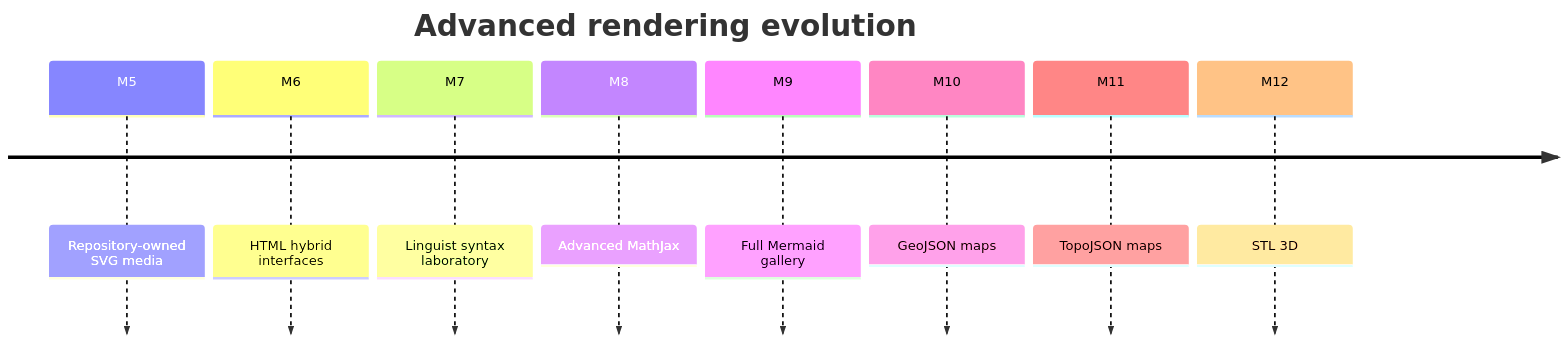
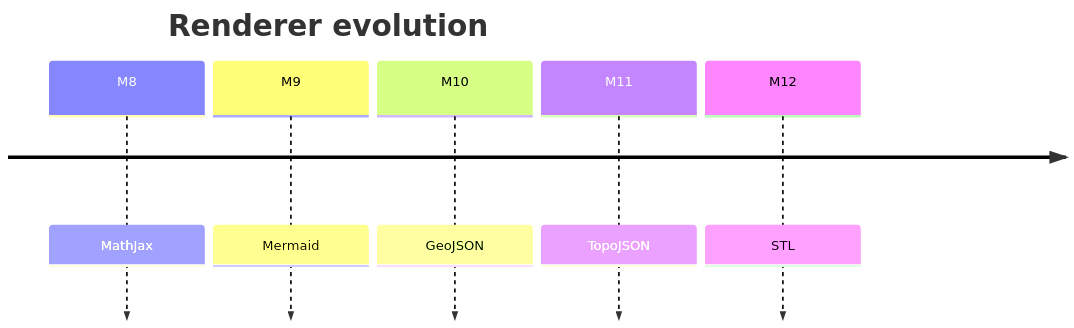
Before and after one commit to thiepn/markdown: diagram 12 of 16 in README.md, drawn with Mermaid. The commit also changed other lines of this file, not shown here.

Commit message:
M10: build interactive GeoJSON showcase

````diff
--- a/README.md
+++ b/README.md
@@ -1146,12 +888,9 @@
 ```mermaid
 timeline
-    title Advanced rendering evolution
-    M5 : Repository-owned SVG media
-    M6 : HTML hybrid interfaces
-    M7 : Linguist syntax laboratory
-    M8 : Advanced MathJax
-    M9 : Full Mermaid gallery
-    M10 : GeoJSON maps
-    M11 : TopoJSON maps
-    M12 : STL 3D
+    title Renderer evolution
+    M8 : MathJax
+    M9 : Mermaid
+    M10 : GeoJSON
+    M11 : TopoJSON
+    M12 : STL
 ```
````
